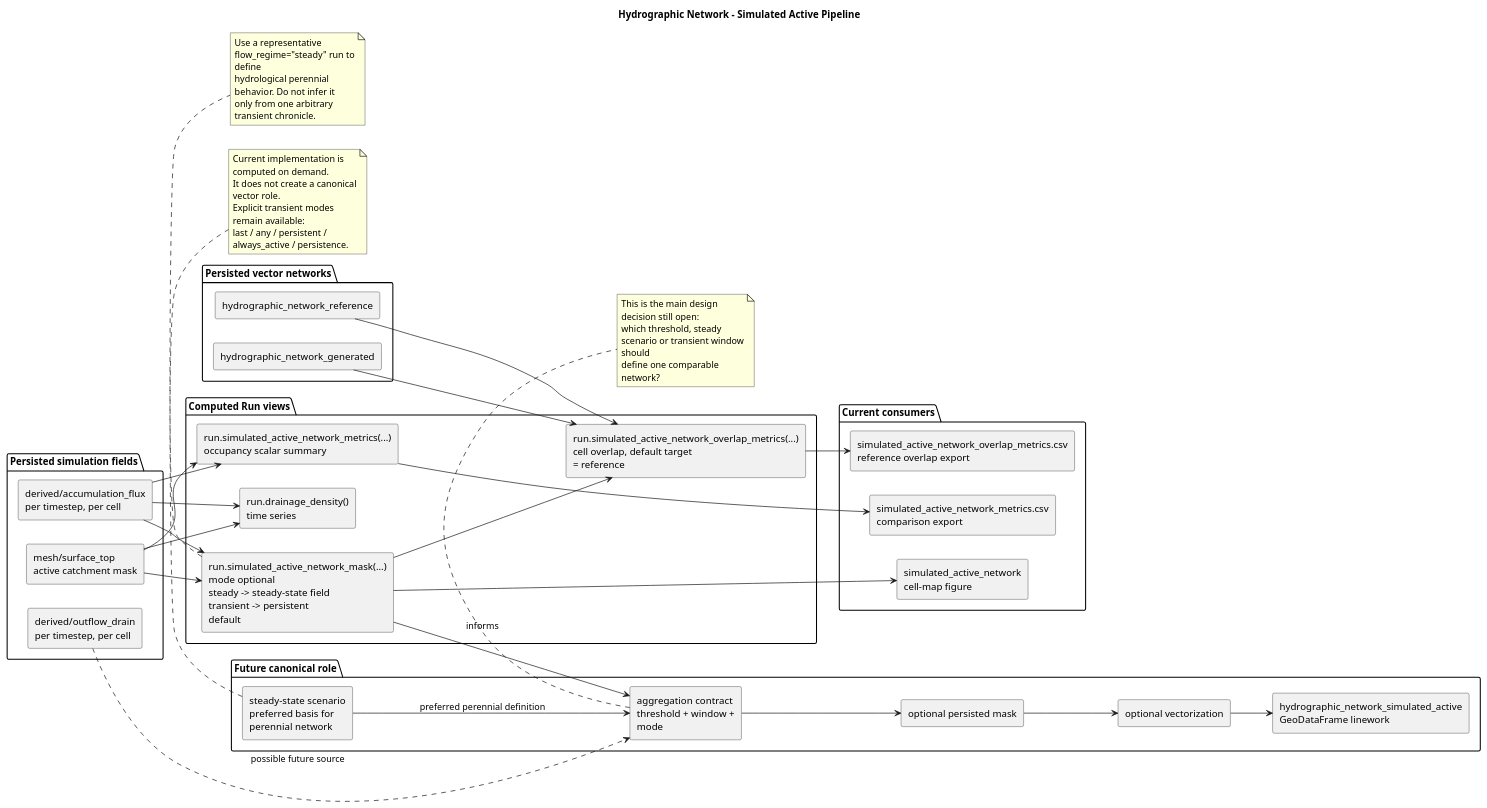
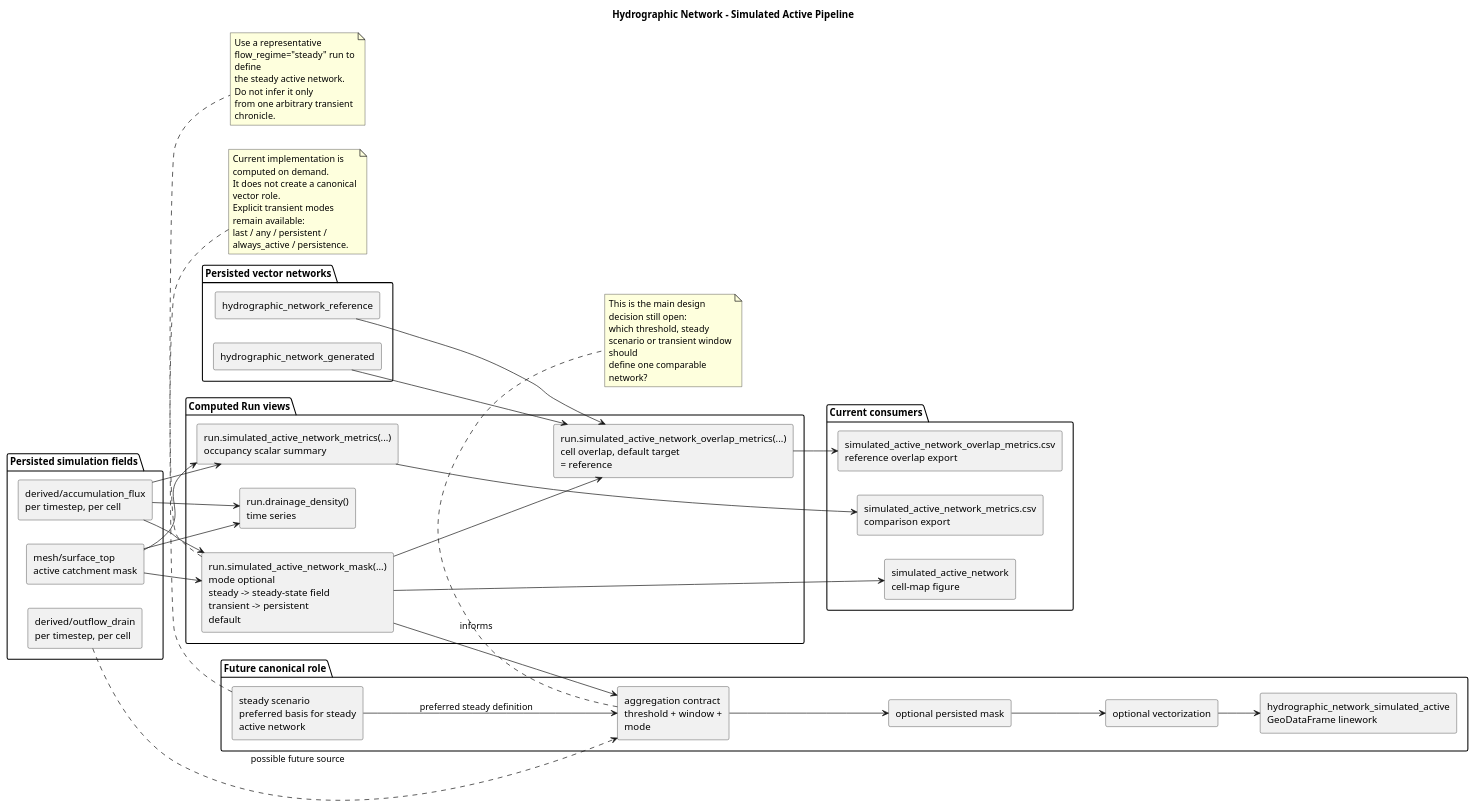
One commit to HydroModPy/HydroModPy changed the diagram in docs/readthedocs/source/architecture/overview/diagrams/hydrographic_network_simulated_active_pipeline.wsd. Above: the diagram before and after it, drawn with PlantUML. The commit also changed 64 other files, not shown here.

First line of the commit message:
docs: expand flow and data workflow guides

```diff
--- a/docs/readthedocs/source/architecture/overview/diagrams/hydrographic_network_simulated_active_pipeline.wsd
+++ b/docs/readthedocs/source/architecture/overview/diagrams/hydrographic_network_simulated_active_pipeline.wsd
@@ -1,78 +1,78 @@
 @startuml
 title Hydrographic Network - Simulated Active Pipeline
 left to right direction
 skinparam componentStyle rectangle
 skinparam wrapWidth 180
 
 package "Persisted simulation fields" {
   component "derived/accumulation_flux\nper timestep, per cell" as AccumulationFlux
   component "derived/outflow_drain\nper timestep, per cell" as OutflowDrain
   component "mesh/surface_top\nactive catchment mask" as SurfaceTop
 }
 
 package "Computed Run views" {
   component "run.simulated_active_network_mask(...)\nmode optional\nsteady -> steady-state field\ntransient -> persistent default" as ActiveMask
   component "run.simulated_active_network_metrics(...)\noccupancy scalar summary" as ActiveMetrics
   component "run.simulated_active_network_overlap_metrics(...)\ncell overlap, default target = reference" as OverlapMetrics
   component "run.drainage_density()\ntime series" as DrainageDensity
 }
 
 package "Current consumers" {
   component "simulated_active_network\ncell-map figure" as ActiveFigure
   component "simulated_active_network_metrics.csv\ncomparison export" as MetricsExport
   component "simulated_active_network_overlap_metrics.csv\nreference overlap export" as OverlapExport
 }
 
 package "Persisted vector networks" {
   component "hydrographic_network_reference" as ReferenceNetwork
   component "hydrographic_network_generated" as GeneratedNetwork
 }
 
 package "Future canonical role" {
   component "aggregation contract\nthreshold + window + mode" as Contract
-  component "steady-state scenario\npreferred basis for perennial network" as SteadyScenario
+  component "steady scenario\npreferred basis for steady active network" as SteadyScenario
   component "optional persisted mask" as PersistedMask
   component "optional vectorization" as Vectorization
   component "hydrographic_network_simulated_active\nGeoDataFrame linework" as SimulatedActiveRole
 }
 
 AccumulationFlux --> ActiveMask
 SurfaceTop --> ActiveMask
 AccumulationFlux --> ActiveMetrics
 SurfaceTop --> ActiveMetrics
 AccumulationFlux --> DrainageDensity
 SurfaceTop --> DrainageDensity
 OutflowDrain ..> Contract : possible future source
 
 ActiveMask --> ActiveFigure
 ActiveMetrics --> MetricsExport
 ActiveMask --> OverlapMetrics
 ReferenceNetwork --> OverlapMetrics
 GeneratedNetwork --> OverlapMetrics
 OverlapMetrics --> OverlapExport
 
 ActiveMask --> Contract : informs
-SteadyScenario --> Contract : preferred perennial definition
+SteadyScenario --> Contract : preferred steady definition
 Contract --> PersistedMask
 PersistedMask --> Vectorization
 Vectorization --> SimulatedActiveRole
 
 note bottom of ActiveMask
 Current implementation is computed on demand.
 It does not create a canonical vector role.
 Explicit transient modes remain available:
 last / any / persistent / always_active / persistence.
 end note
 
 note bottom of Contract
 This is the main design decision still open:
 which threshold, steady scenario or transient window should
 define one comparable network?
 end note
 
 note bottom of SteadyScenario
 Use a representative flow_regime="steady" run to define
-hydrological perennial behavior. Do not infer it
-only from one arbitrary transient chronicle.
+the steady active network. Do not infer it only
+from one arbitrary transient chronicle.
 end note
 @enduml
```
